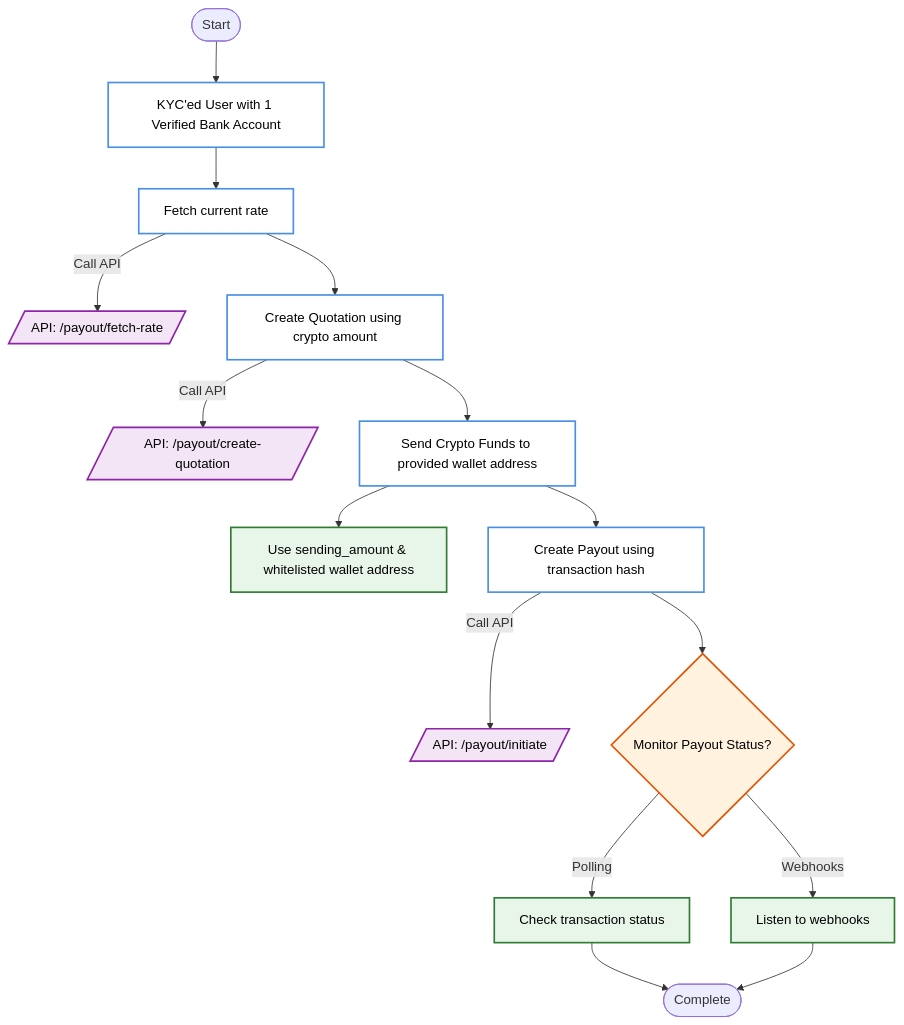
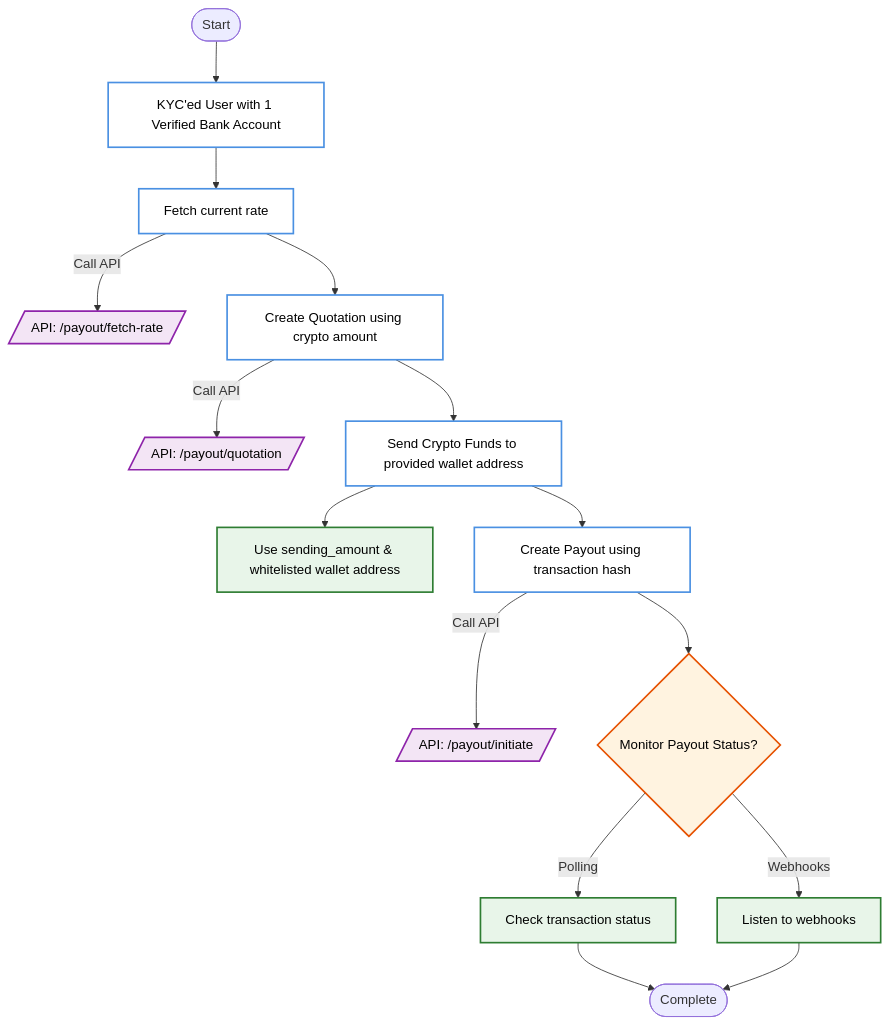
Before and after one commit to DollarPe-Infra/docs: the diagram in guides/payout.mdx, drawn with Mermaid. The commit also changed 10 other files, not shown here.

````diff
--- a/guides/payout.mdx
+++ b/guides/payout.mdx
@@ -20,41 +20,41 @@
 ```mermaid
 flowchart TD
     %% Main Flow
     Start([Start]) --> KYCCheck[KYC'ed User with 1 Verified Bank Account]
 
     %% Fetch Rate
     KYCCheck --> FetchRate[Fetch current rate]
     FetchRate -->|Call API| FetchRateAPI[/API: /payout/fetch-rate/]
     
     %% Create Quotation
     FetchRate --> CreateQuote[Create Quotation using crypto amount]
-    CreateQuote -->|Call API| QuoteAPI[/API: /payout/create-quotation/]
+    CreateQuote -->|Call API| QuoteAPI[/API: /payout/quotation/]
 
     %% Send Funds
     CreateQuote --> SendFunds[Send Crypto Funds to provided wallet address]
     SendFunds --> SendTxnInfo[Use sending_amount & whitelisted wallet address]
 
     %% Create Payout
     SendFunds --> CreatePayout[Create Payout using transaction hash]
     CreatePayout -->|Call API| PayoutAPI[/API: /payout/initiate/]
 
     %% Monitor Status
     CreatePayout --> MonitorStatus{Monitor Payout Status?}
     MonitorStatus -- Polling --> PollStatus[Check transaction status]
     MonitorStatus -- Webhooks --> Webhook[Listen to webhooks]
     PollStatus --> Complete([Complete])
     Webhook --> Complete([Complete])
 
     %% Styling for Mintlify Dark/Light Mode
     classDef mainNode fill:#ffffff,stroke:#4a90e2,stroke-width:2px,color:#000
     classDef apiNode fill:#f3e5f5,stroke:#8e24aa,stroke-width:2px,color:#000
     classDef processNode fill:#e8f5e9,stroke:#2e7d32,stroke-width:2px,color:#000
     classDef monitorNode fill:#fff3e0,stroke:#e65100,stroke-width:2px,color:#000
 
     %% Apply Styles
     class KYCCheck,FetchRate,CreateQuote,SendFunds,CreatePayout mainNode
     class FetchRateAPI,QuoteAPI,PayoutAPI apiNode
     class SendTxnInfo,PollStatus,Webhook processNode
     class MonitorStatus monitorNode
 
 ```
````
